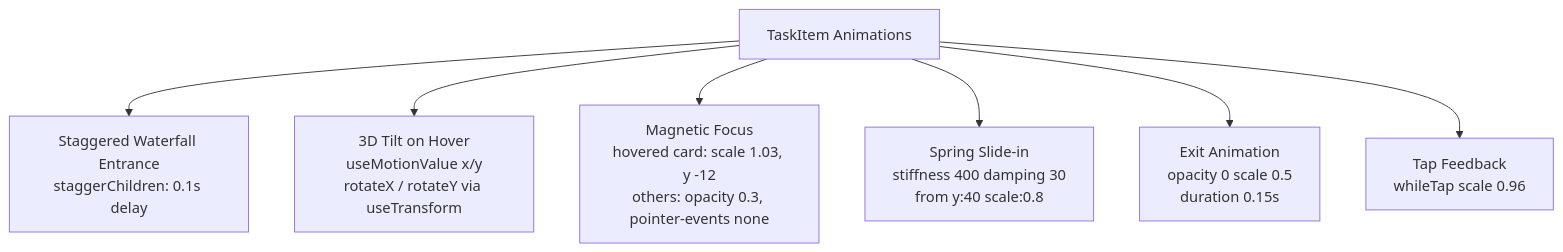
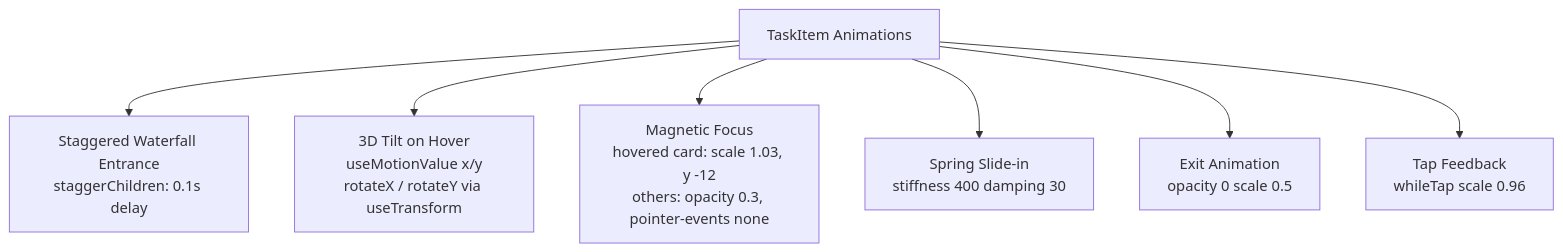
The eighth of 19 diagrams in README.Md (KARTHIKAKRISHNA123/todoist), drawn with Mermaid before and after one commit. The commit also changed other lines of this file, not shown here.

````diff
--- a/README.Md
+++ b/README.Md
@@ -410,10 +430,10 @@
 ```mermaid
 flowchart TD
     A[TaskItem Animations]
     A --> B[Staggered Waterfall Entrance\nstaggerChildren: 0.1s delay]
     A --> C[3D Tilt on Hover\nuseMotionValue x/y\nrotateX / rotateY via useTransform]
     A --> D[Magnetic Focus\nhovered card: scale 1.03, y -12\nothers: opacity 0.3, pointer-events none]
-    A --> E[Spring Slide-in\nstiffness 400 damping 30\nfrom y:40 scale:0.8]
-    A --> F[Exit Animation\nopacity 0 scale 0.5\nduration 0.15s]
+    A --> E[Spring Slide-in\nstiffness 400 damping 30]
+    A --> F[Exit Animation\nopacity 0 scale 0.5]
     A --> G[Tap Feedback\nwhileTap scale 0.96]
 ```
````
